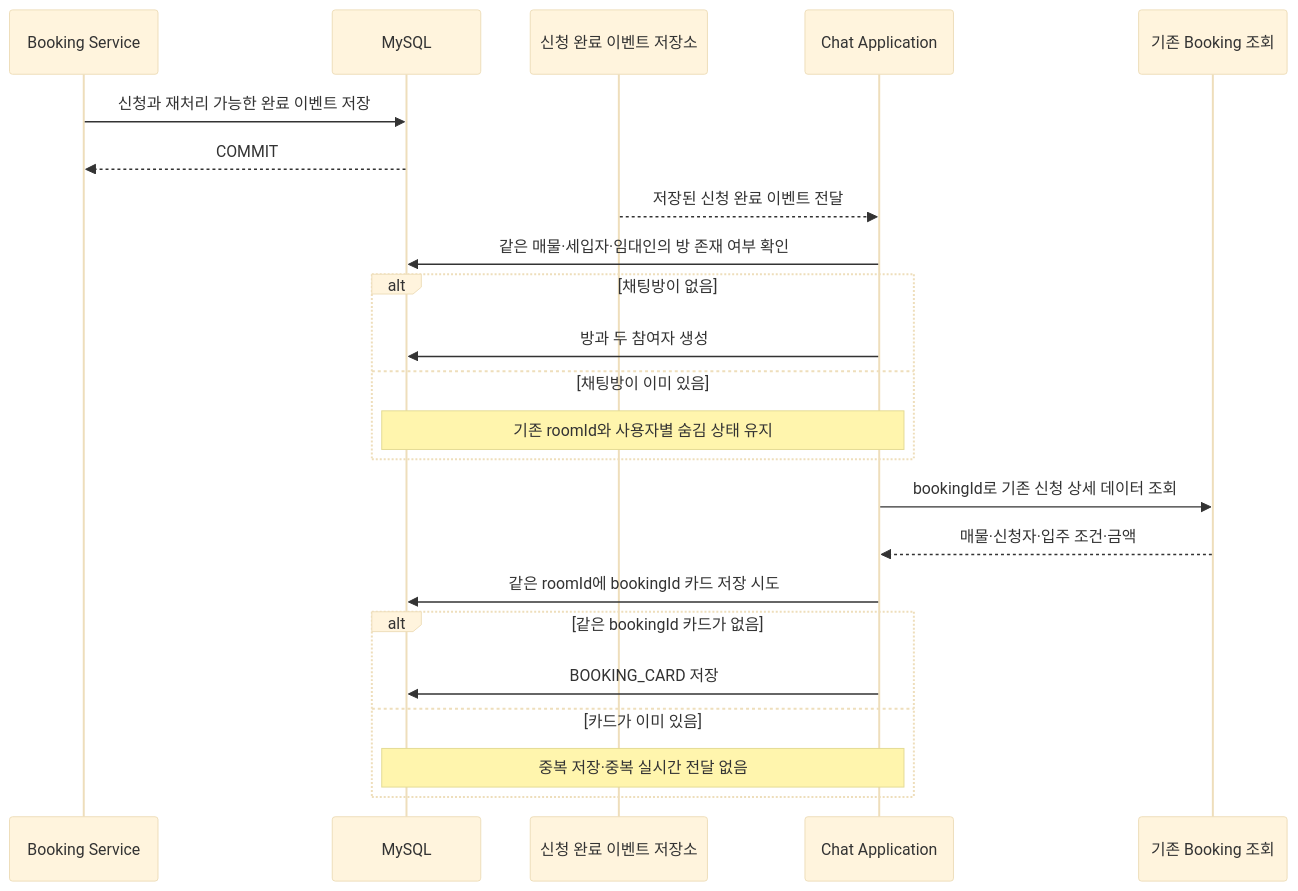
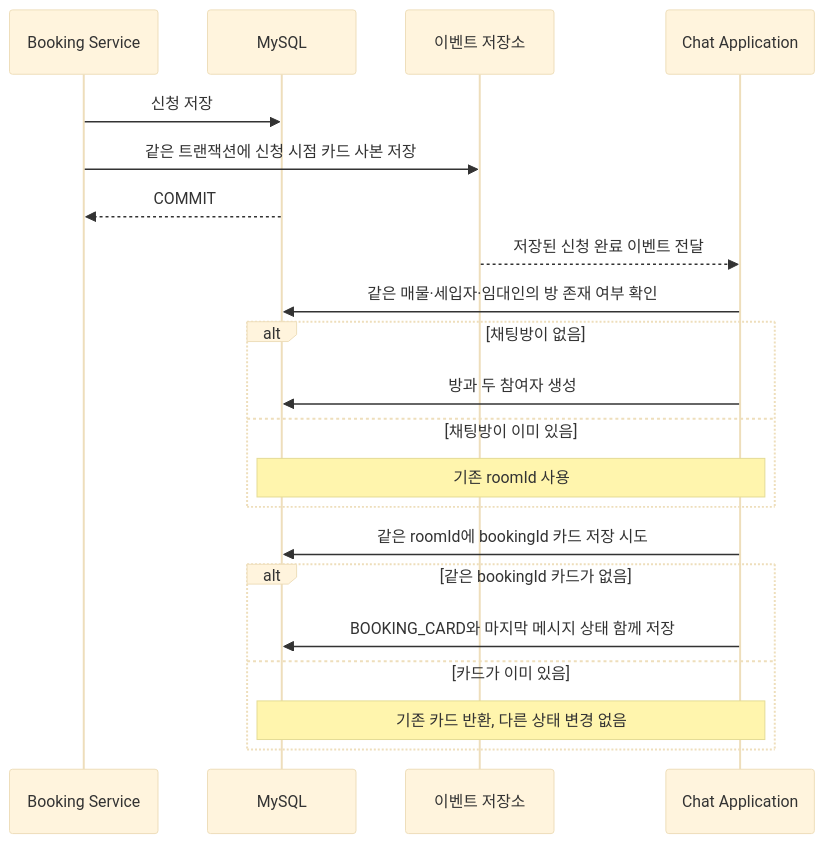
Before and after one commit to jameskim9509/Kohere-backend: the fifth of 16 diagrams in docs/architecture/chat/05-sequence-diagrams.md, drawn with Mermaid (base theme). The commit also changed other lines of this file and 35 other files, not shown here.

````diff
--- a/docs/architecture/chat/05-sequence-diagrams.md
+++ b/docs/architecture/chat/05-sequence-diagrams.md
@@ -135,29 +126,27 @@
 ```mermaid
 sequenceDiagram
     participant BOOK as Booking Service
     participant DB as MySQL
-    participant EVENTS as 신청 완료 이벤트 저장소
+    participant EVENTS as 이벤트 저장소
     participant CHAT as Chat Application
-    participant BOOKVIEW as 기존 Booking 조회
 
-    BOOK->>DB: 신청과 재처리 가능한 완료 이벤트 저장
+    BOOK->>DB: 신청 저장
+    BOOK->>EVENTS: 같은 트랜잭션에 신청 시점 카드 사본 저장
     DB-->>BOOK: COMMIT
     EVENTS-->>CHAT: 저장된 신청 완료 이벤트 전달
     CHAT->>DB: 같은 매물·세입자·임대인의 방 존재 여부 확인
 
     alt 채팅방이 없음
         CHAT->>DB: 방과 두 참여자 생성
     else 채팅방이 이미 있음
-        Note over CHAT,DB: 기존 roomId와 사용자별 숨김 상태 유지
+        Note over CHAT,DB: 기존 roomId 사용
     end
 
-    CHAT->>BOOKVIEW: bookingId로 기존 신청 상세 데이터 조회
-    BOOKVIEW-->>CHAT: 매물·신청자·입주 조건·금액
     CHAT->>DB: 같은 roomId에 bookingId 카드 저장 시도
 
     alt 같은 bookingId 카드가 없음
-        CHAT->>DB: BOOKING_CARD 저장
+        CHAT->>DB: BOOKING_CARD와 마지막 메시지 상태 함께 저장
     else 카드가 이미 있음
-        Note over CHAT,DB: 중복 저장·중복 실시간 전달 없음
+        Note over CHAT,DB: 기존 카드 반환, 다른 상태 변경 없음
     end
 ```
````
